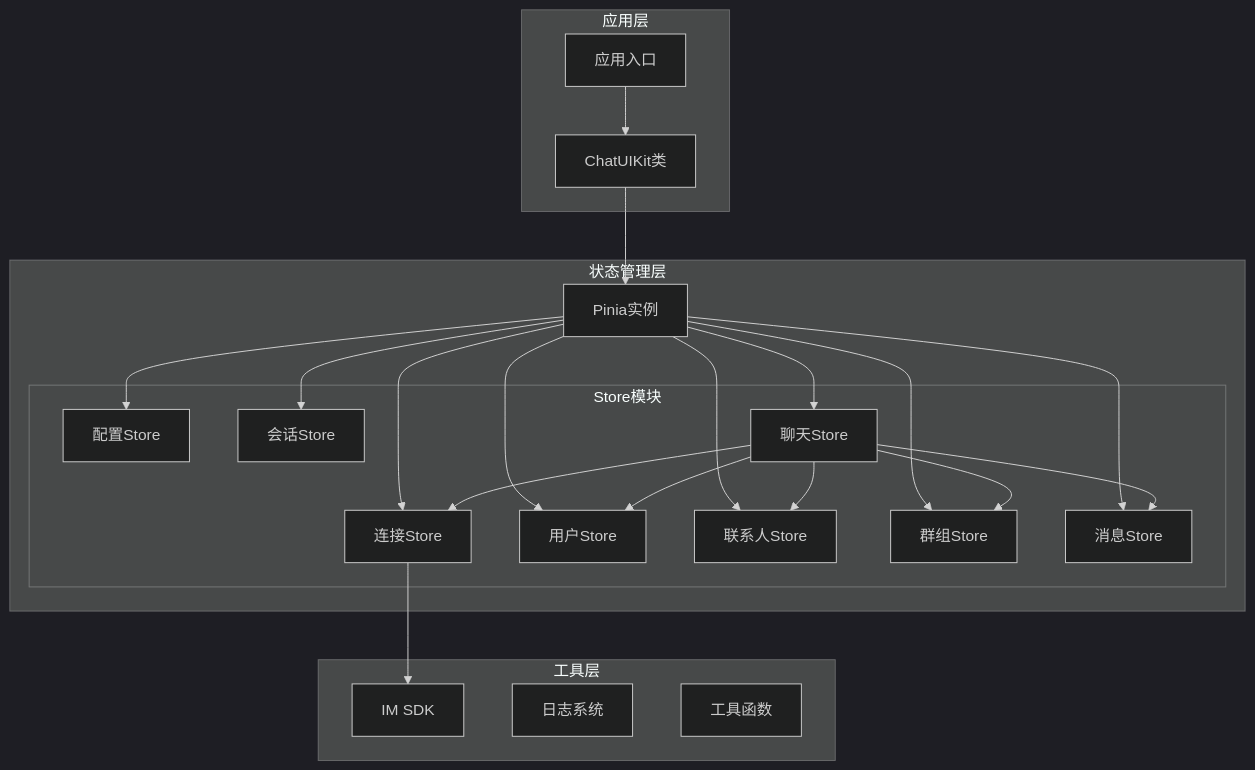
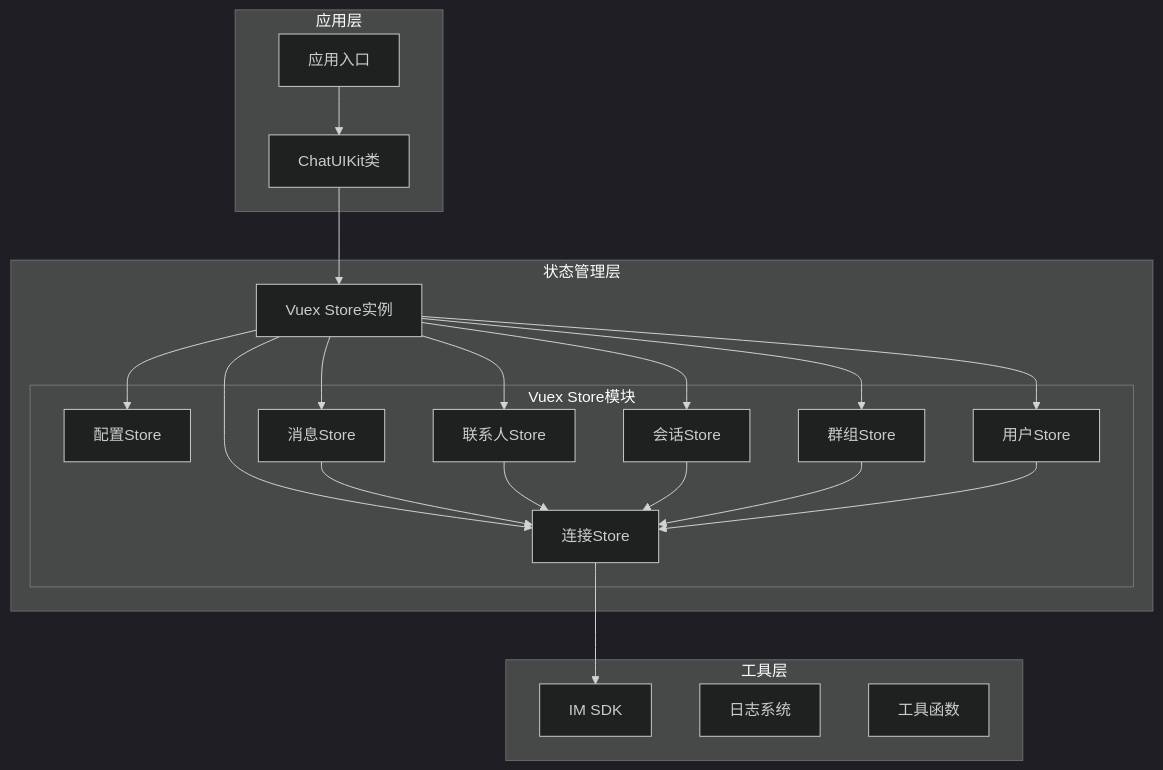
The first of 11 diagrams in .qoder/repowiki/zh/content/核心架构/Store状态管理系统架构/Pinia状态管理概览.md (Easemob-Community/easemob-uikit-uniapp-community), drawn with Mermaid (dark theme) before and after one commit. The commit also changed other lines of this file and 14 other files, not shown here.

````diff
--- a/.qoder/repowiki/zh/content/核心架构/Store状态管理系统架构/Pinia状态管理概览.md
+++ b/.qoder/repowiki/zh/content/核心架构/Store状态管理系统架构/Pinia状态管理概览.md
@@ -51,41 +53,39 @@
 ```mermaid
 graph TB
 subgraph "应用层"
 App[应用入口]
 ChatUIKit[ChatUIKit类]
 end
 subgraph "状态管理层"
-subgraph "Store模块"
+subgraph "Vuex Store模块"
 ConnStore[连接Store]
 ConfigStore[配置Store]
 AppUserStore[用户Store]
 ContactStore[联系人Store]
 ConversationStore[会话Store]
 GroupStore[群组Store]
 MessageStore[消息Store]
-ChatStore[聊天Store]
 end
-PiniaInstance[Pinia实例]
+VuexStore[Vuex Store实例]
 end
 subgraph "工具层"
 SDK[IM SDK]
 Logger[日志系统]
 Utils[工具函数]
 end
 App --> ChatUIKit
-ChatUIKit --> PiniaInstance
-PiniaInstance --> ConnStore
-PiniaInstance --> ConfigStore
-PiniaInstance --> AppUserStore
-PiniaInstance --> ContactStore
-PiniaInstance --> ConversationStore
-PiniaInstance --> GroupStore
-PiniaInstance --> MessageStore
-PiniaInstance --> ChatStore
+ChatUIKit --> VuexStore
+VuexStore --> ConnStore
+VuexStore --> ConfigStore
+VuexStore --> AppUserStore
+VuexStore --> ContactStore
+VuexStore --> ConversationStore
+VuexStore --> GroupStore
+VuexStore --> MessageStore
 ConnStore --> SDK
-ChatStore --> ConnStore
-ChatStore --> MessageStore
-ChatStore --> ContactStore
-ChatStore --> GroupStore
-ChatStore --> AppUserStore
+MessageStore --> ConnStore
+ContactStore --> ConnStore
+ConversationStore --> ConnStore
+GroupStore --> ConnStore
+AppUserStore --> ConnStore
 ```
````
